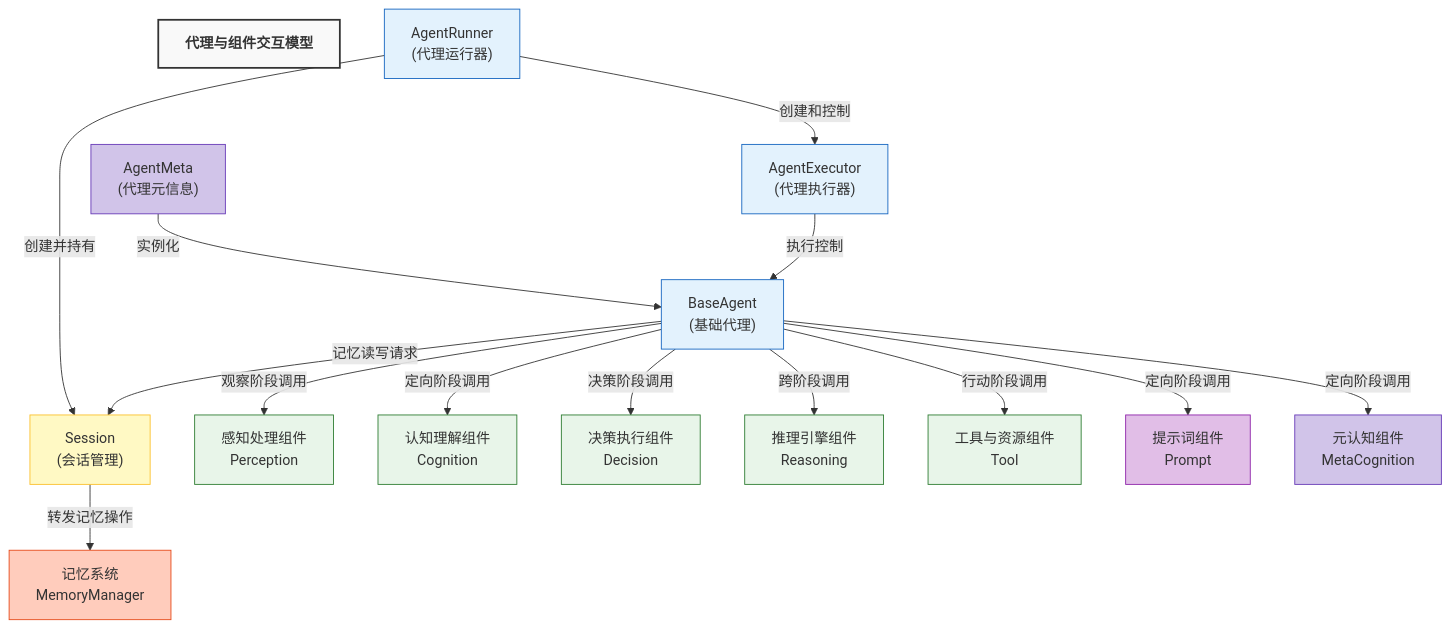
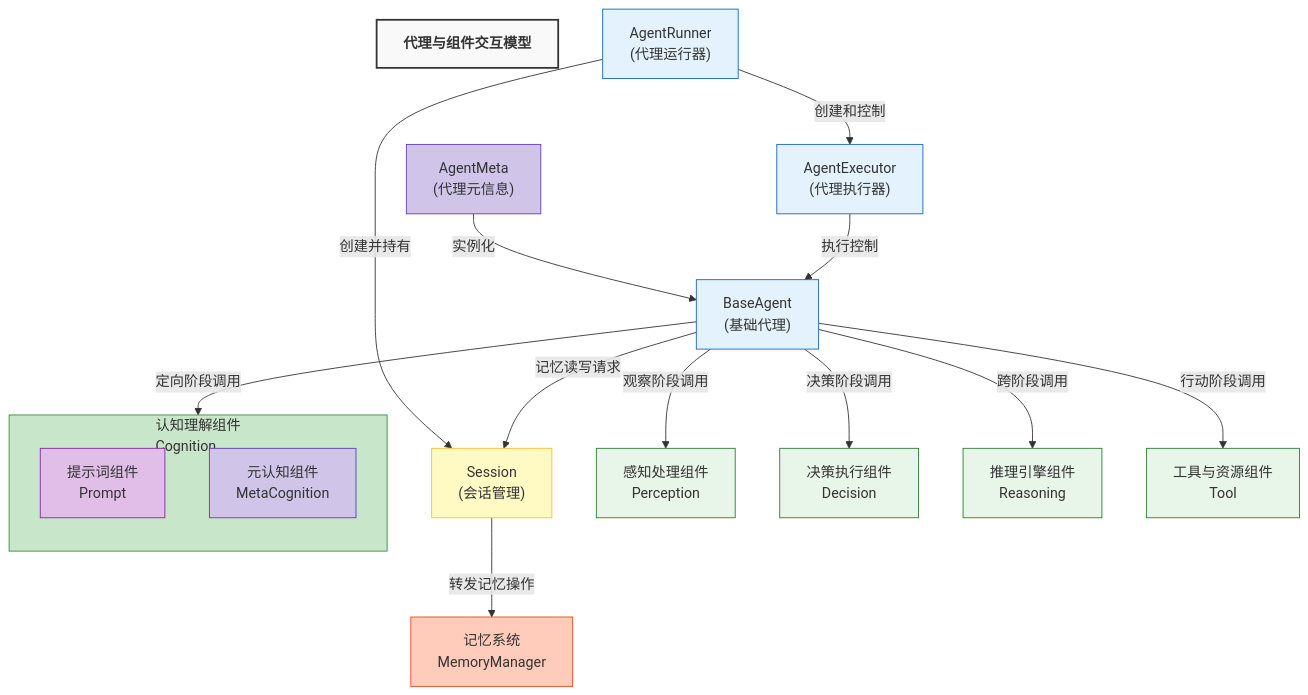
One commit to DDtoma/iodraw-files changed the diagram in all/未命名-3.md. Above: the diagram before and after it, drawn with Mermaid.

Commit message:
2025-03-12 15:40:29 update

````diff
--- a/all/未命名-3.md
+++ b/all/未命名-3.md
@@ -1,61 +1,66 @@
 ```mermaid
 flowchart TB
     %% 总标题
     title[<b>代理与组件交互模型</b>]
     
     %% 核心类
     AgentMeta["AgentMeta<br>(代理元信息)"]
     AgentRunner["AgentRunner<br>(代理运行器)"]
     Session["Session<br>(会话管理)"]
     AgentExecutor["AgentExecutor<br>(代理执行器)"]
     BaseAgent["BaseAgent<br>(基础代理)"]
     
     %% 功能组件
     Perception["感知处理组件<br>Perception"]
-    Cognition["认知理解组件<br>Cognition"]
+    
+    %% 认知理解相关组件
+    subgraph Cognition["认知理解组件<br>Cognition"]
+        direction TB
+        Prompt["提示词组件<br>Prompt"]
+        MetaCognition["元认知组件<br>MetaCognition"]
+    end
+    
     Decision["决策执行组件<br>Decision"]
     Memory["记忆系统<br>MemoryManager"]
     Reasoning["推理引擎组件<br>Reasoning"]
     Tool["工具与资源组件<br>Tool"]
-    Prompt["提示词组件<br>Prompt"]
-    MetaCognition["元认知组件<br>MetaCognition"]
     
     %% 交互关系 - 使用更清晰的箭头和标签
     AgentMeta -->|"实例化"| BaseAgent
     AgentRunner -->|"创建并持有"| Session
     AgentRunner -->|"创建和控制"| AgentExecutor
     AgentExecutor -->|"执行控制"| BaseAgent
     
     %% OODA循环调用
     BaseAgent -->|"观察阶段调用"| Perception
     BaseAgent -->|"定向阶段调用"| Cognition
-    BaseAgent -->|"定向阶段调用"| Prompt
-    BaseAgent -->|"定向阶段调用"| MetaCognition
     BaseAgent -->|"决策阶段调用"| Decision
     BaseAgent -->|"行动阶段调用"| Tool
     
     %% 记忆系统交互
     Session -->|"转发记忆操作"| Memory
     BaseAgent -->|"记忆读写请求"| Session
     
     %% 推理系统交互
     BaseAgent -->|"跨阶段调用"| Reasoning
     
     %% 样式设置
     classDef titleClass fill:#f9f9f9,stroke:#333,stroke-width:2px,font-weight:bold
     classDef agentClass fill:#e3f2fd,stroke:#1565c0,stroke-width:1px
     classDef componentClass fill:#e8f5e9,stroke:#2e7d32,stroke-width:1px
     classDef sessionClass fill:#fff9c4,stroke:#fbc02d,stroke-width:1px
     classDef metaClass fill:#d1c4e9,stroke:#673ab7,stroke-width:1px
     classDef memoryClass fill:#ffccbc,stroke:#e64a19,stroke-width:1px
     classDef promptClass fill:#e1bee7,stroke:#8e24aa,stroke-width:1px
+    classDef cognitionClass fill:#c8e6c9,stroke:#388e3c,stroke-width:1px
     
     class title titleClass
     class AgentRunner,AgentExecutor,BaseAgent agentClass
     class Session sessionClass
     class AgentMeta metaClass
-    class Perception,Cognition,Decision,Reasoning,Tool componentClass
+    class Perception,Decision,Reasoning,Tool componentClass
     class Memory memoryClass
     class Prompt promptClass
     class MetaCognition metaClass
+    class Cognition cognitionClass
 ```
````
